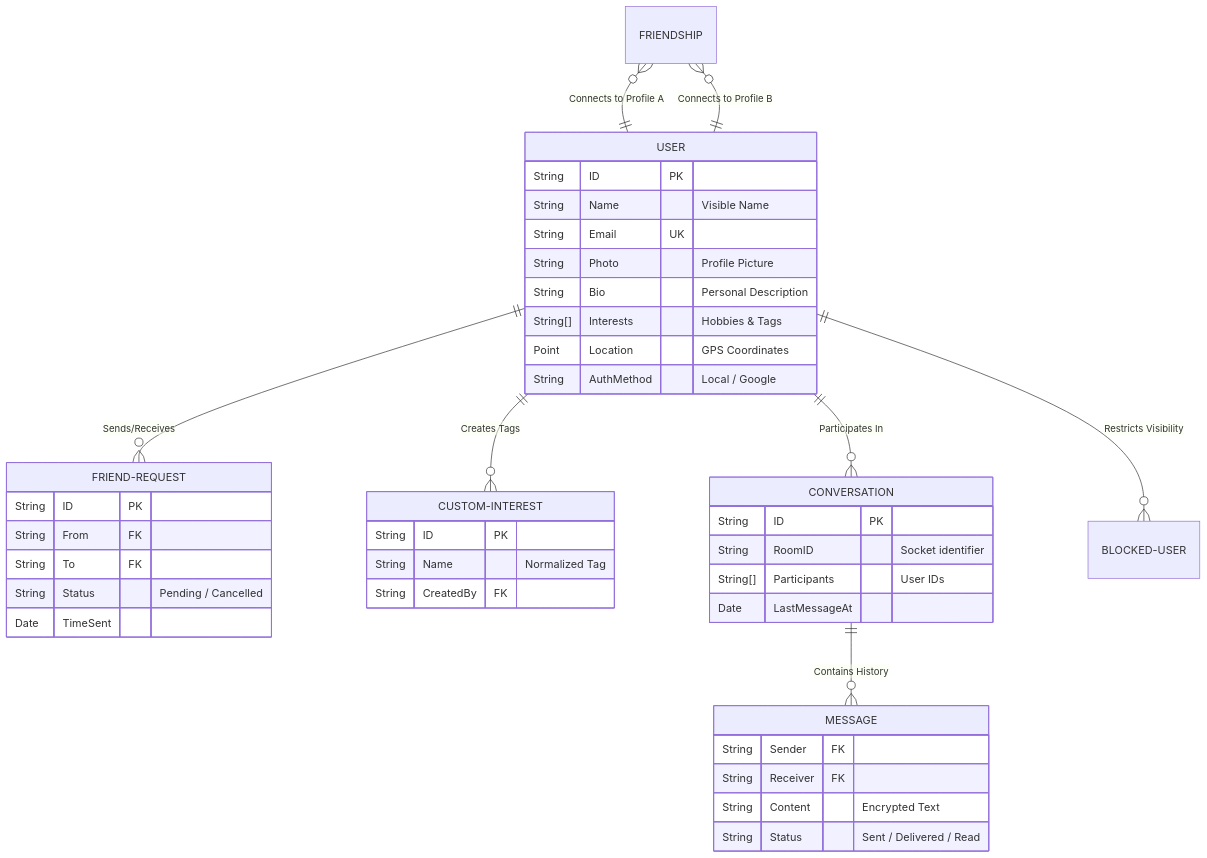
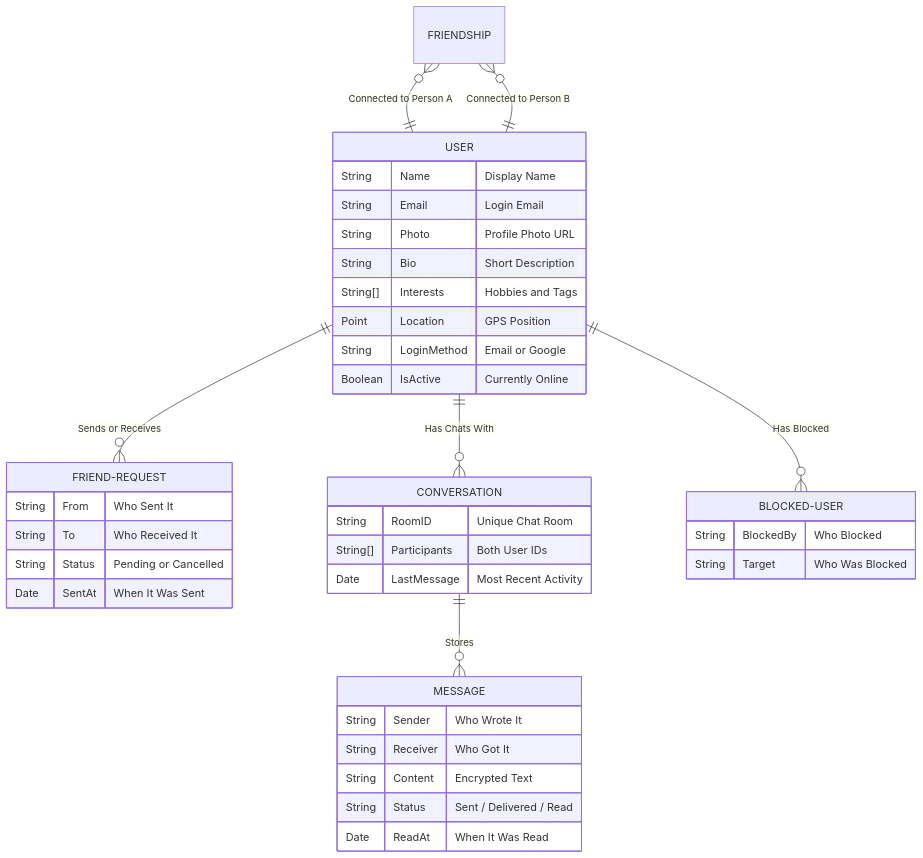
One commit to Akash-Veerla/Demographic changed the second of 14 diagrams in docs/DIAGRAMS.md. Above: the diagram before and after it, drawn with Mermaid. The commit also changed other lines of this file and 2 other files, not shown here.

Commit message:
Update README.md & DIAGRAMS.md

````diff
--- a/docs/DIAGRAMS.md
+++ b/docs/DIAGRAMS.md
@@ -51,49 +58,46 @@
 ```mermaid
 erDiagram
-    USER ||--o{ FRIEND-REQUEST : "Sends/Receives"
-    USER ||--o{ CUSTOM-INTEREST : "Creates Tags"
-    USER ||--o{ CONVERSATION : "Participates In"
-    USER ||--o{ BLOCKED-USER : "Restricts Visibility"
-    FRIENDSHIP }o--|| USER : "Connects to Profile A"
-    FRIENDSHIP }o--|| USER : "Connects to Profile B"
-    CONVERSATION ||--o{ MESSAGE : "Contains History"
+    USER ||--o{ FRIEND-REQUEST : "Sends or Receives"
+    USER ||--o{ CONVERSATION : "Has Chats With"
+    USER ||--o{ BLOCKED-USER : "Has Blocked"
+    FRIENDSHIP }o--|| USER : "Connected to Person A"
+    FRIENDSHIP }o--|| USER : "Connected to Person B"
+    CONVERSATION ||--o{ MESSAGE : "Stores"
 
     USER {
-        String ID PK
-        String Name "Visible Name"
-        String Email UK
-        String Photo "Profile Picture"
-        String Bio "Personal Description"
-        String[] Interests "Hobbies & Tags"
-        Point Location "GPS Coordinates"
-        String AuthMethod "Local / Google"
+        String Name "Display Name"
+        String Email "Login Email"
+        String Photo "Profile Photo URL"
+        String Bio "Short Description"
+        String[] Interests "Hobbies and Tags"
+        Point Location "GPS Position"
+        String LoginMethod "Email or Google"
+        Boolean IsActive "Currently Online"
     }
 
     FRIEND-REQUEST {
-        String ID PK
-        String From FK
-        String To FK
-        String Status "Pending / Cancelled"
-        Date TimeSent
+        String From "Who Sent It"
+        String To "Who Received It"
+        String Status "Pending or Cancelled"
+        Date SentAt "When It Was Sent"
     }
 
     CONVERSATION {
-        String ID PK
-        String RoomID "Socket identifier"
-        String[] Participants "User IDs"
-        Date LastMessageAt
+        String RoomID "Unique Chat Room"
+        String[] Participants "Both User IDs"
+        Date LastMessage "Most Recent Activity"
     }
 
     MESSAGE {
-        String Sender FK
-        String Receiver FK
+        String Sender "Who Wrote It"
+        String Receiver "Who Got It"
         String Content "Encrypted Text"
         String Status "Sent / Delivered / Read"
+        Date ReadAt "When It Was Read"
     }
 
-    CUSTOM-INTEREST {
-        String ID PK
-        String Name "Normalized Tag"
-        String CreatedBy FK
+    BLOCKED-USER {
+        String BlockedBy "Who Blocked"
+        String Target "Who Was Blocked"
     }
 ```
````
